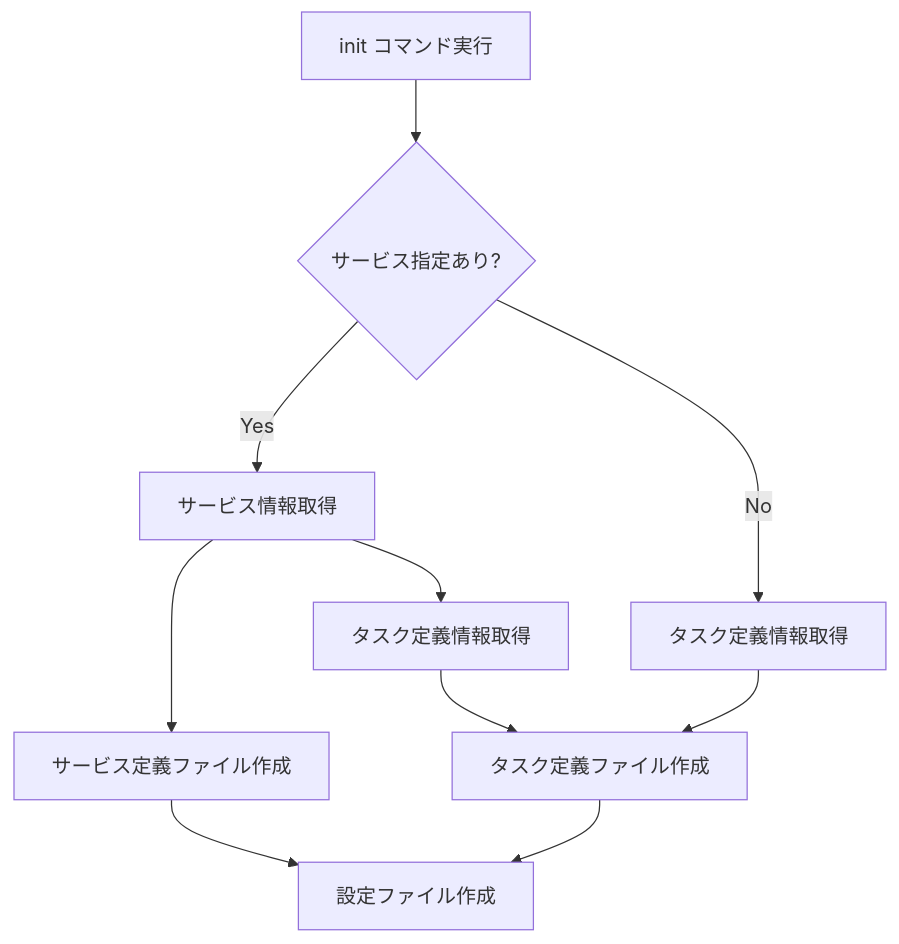
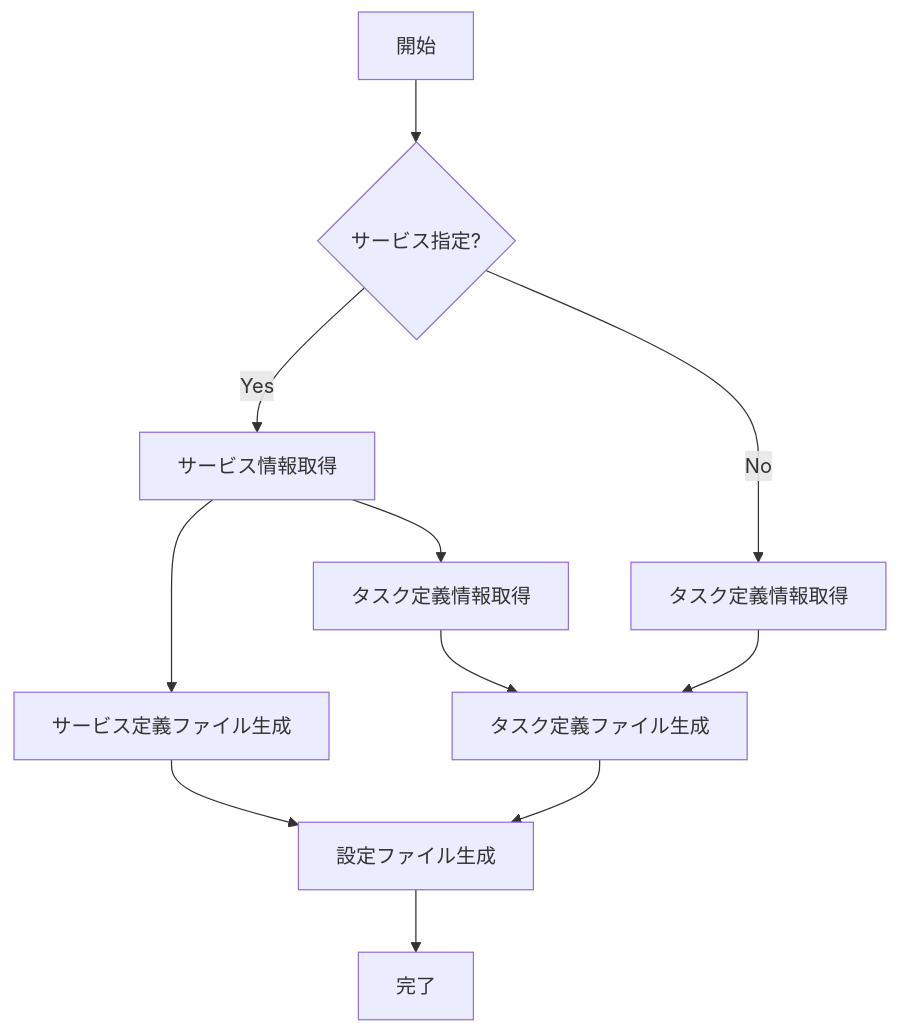
The diagram in ecspresso/commands/init.md (bufferings/devin-docs), drawn with Mermaid before and after one commit. The commit also changed other lines of this file and 29 other files, not shown here.

````diff
--- a/ecspresso/commands/init.md
+++ b/ecspresso/commands/init.md
@@ -83,12 +72,13 @@
 ```mermaid
 graph TD
-    A[init コマンド実行] --> B{サービス指定あり?}
+    A[開始] --> B{サービス指定?}
     B -->|Yes| C[サービス情報取得]
     B -->|No| D[タスク定義情報取得]
-    C --> E[サービス定義ファイル作成]
+    C --> E[サービス定義ファイル生成]
     C --> F[タスク定義情報取得]
-    D --> G[タスク定義ファイル作成]
+    D --> G[タスク定義ファイル生成]
     F --> G
-    E --> H[設定ファイル作成]
+    E --> H[設定ファイル生成]
     G --> H
+    H --> I[完了]
 ```
````
